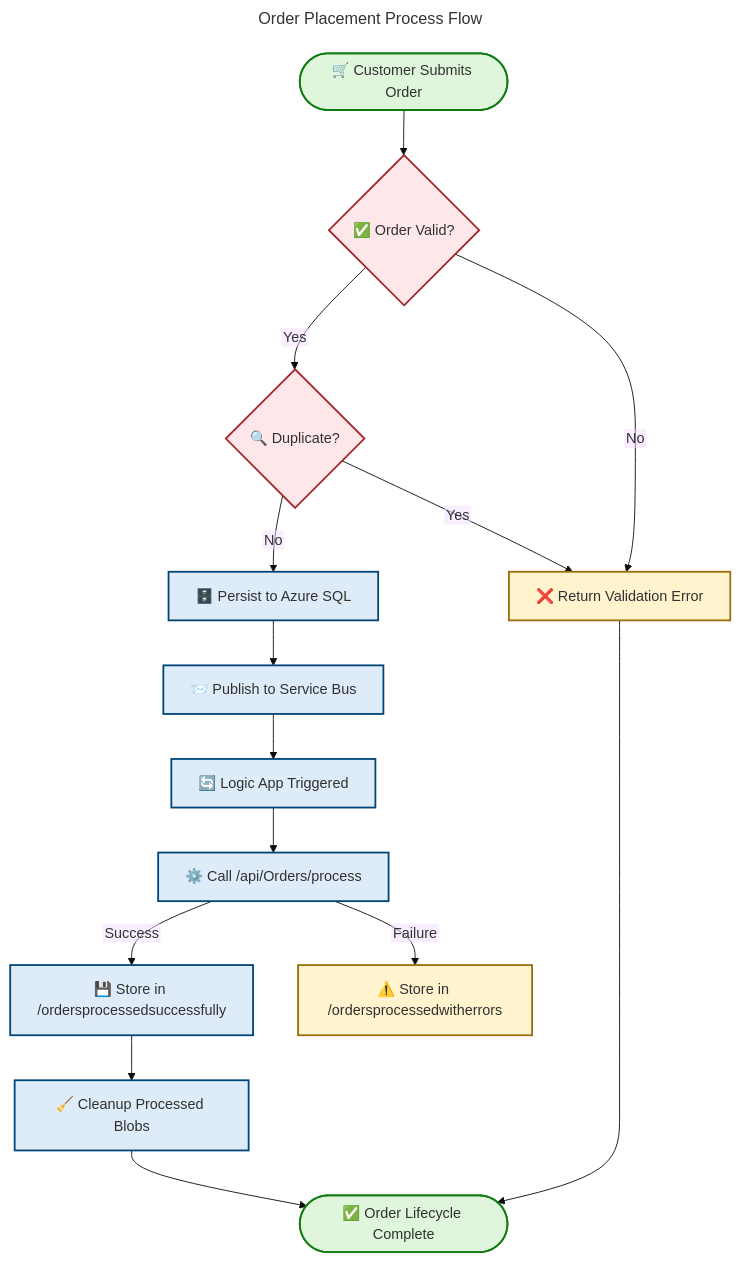
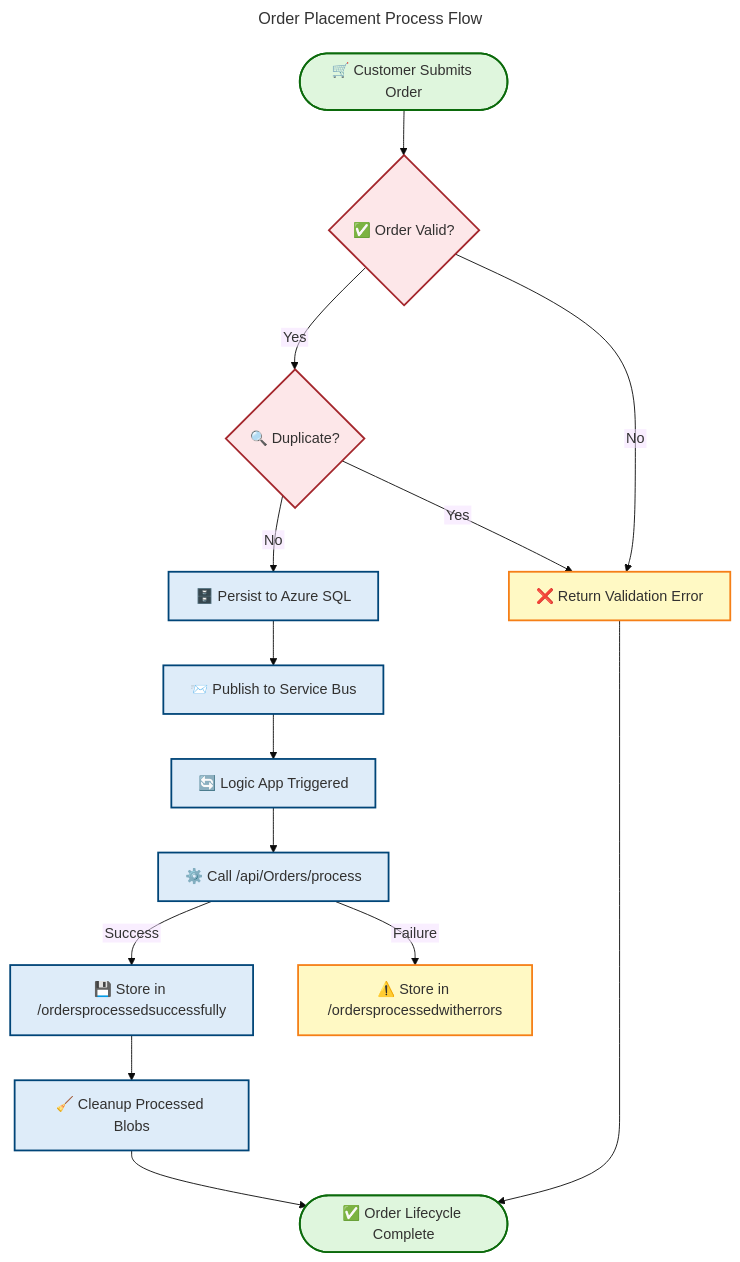
One commit to Evilazaro/Azure-LogicApps-Monitoring changed the ninth of 13 diagrams in docs/architecture/Business-Layer-Architecture.md. Above: the diagram before and after it, drawn with Mermaid. The commit also changed other lines of this file and 3 other files, not shown here.

Commit message:
docs: update color definitions in architecture diagrams for improved clarity and consistency

````diff
--- a/docs/architecture/Business-Layer-Architecture.md
+++ b/docs/architecture/Business-Layer-Architecture.md
@@ -885,60 +885,60 @@
 ```mermaid
 ---
 title: "Order Placement Process Flow"
 config:
   theme: base
   themeVariables:
     fontSize: '16px'
   flowchart:
     htmlLabels: false
 ---
 flowchart TB
     accTitle: Order Placement Process Flow
     accDescr: BPMN-style diagram showing the order placement workflow from customer submission through validation, persistence, event publishing, and workflow processing
 
     %% ═══════════════════════════════════════════════════════════════
     %% AZURE / FLUENT ARCHITECTURE PATTERN v1.1
     %% Generated: 2026-02-18T10:30:00Z
     %% Layer: Business
     %% Components: 12
     %% Semantic classes: 3/5 used (processStep, decision, terminal)
     %% ═══════════════════════════════════════════════════════════════
 
     Start(["🛒 Customer Submits Order"])
     ValidateOrder{"✅ Order Valid?"}
     CheckDuplicate{"🔍 Duplicate?"}
     PersistOrder["🗄️ Persist to Azure SQL"]
     PublishEvent["📨 Publish to Service Bus"]
     TriggerWorkflow["🔄 Logic App Triggered"]
     ProcessOrder["⚙️ Call /api/Orders/process"]
     StoreSuccess["💾 Store in /ordersprocessedsuccessfully"]
     StoreError["⚠️ Store in /ordersprocessedwitherrors"]
     CleanupBlobs["🧹 Cleanup Processed Blobs"]
     RejectOrder["❌ Return Validation Error"]
     End(["✅ Order Lifecycle Complete"])
 
     Start --> ValidateOrder
     ValidateOrder -->|"Yes"| CheckDuplicate
     ValidateOrder -->|"No"| RejectOrder
     CheckDuplicate -->|"No"| PersistOrder
     CheckDuplicate -->|"Yes"| RejectOrder
     PersistOrder --> PublishEvent
     PublishEvent --> TriggerWorkflow
     TriggerWorkflow --> ProcessOrder
     ProcessOrder -->|"Success"| StoreSuccess
     ProcessOrder -->|"Failure"| StoreError
     StoreSuccess --> CleanupBlobs
     CleanupBlobs --> End
     RejectOrder --> End
 
     classDef processStep fill:#DEECF9,stroke:#004578,stroke-width:2px,color:#323130
     classDef decision fill:#FDE7E9,stroke:#A4262C,stroke-width:2px,color:#323130
-    classDef terminal fill:#DFF6DD,stroke:#107C10,stroke-width:2px,color:#323130
-    classDef errorStep fill:#FFF4CE,stroke:#986F0B,stroke-width:2px,color:#323130
+    classDef terminal fill:#DFF6DD,stroke:#0B6A0B,stroke-width:2px,color:#323130
+    classDef errorStep fill:#FFF9C4,stroke:#F57F17,stroke-width:2px,color:#323130
 
     class PersistOrder,PublishEvent,TriggerWorkflow,ProcessOrder,CleanupBlobs processStep
     class ValidateOrder,CheckDuplicate decision
     class Start,End terminal
     class RejectOrder,StoreError errorStep
     class StoreSuccess processStep
 ```
````
